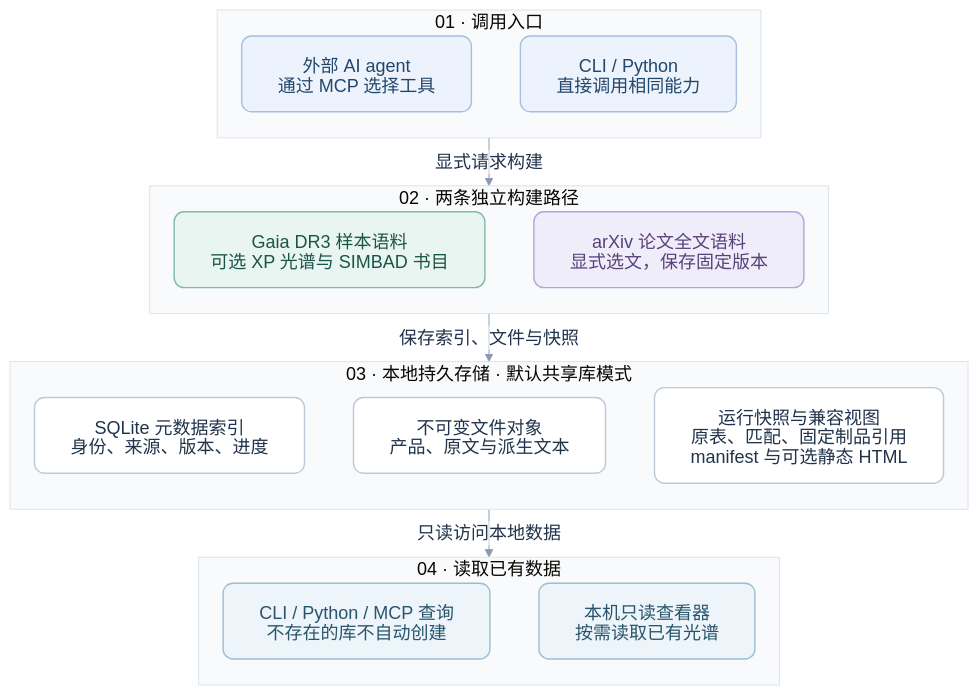
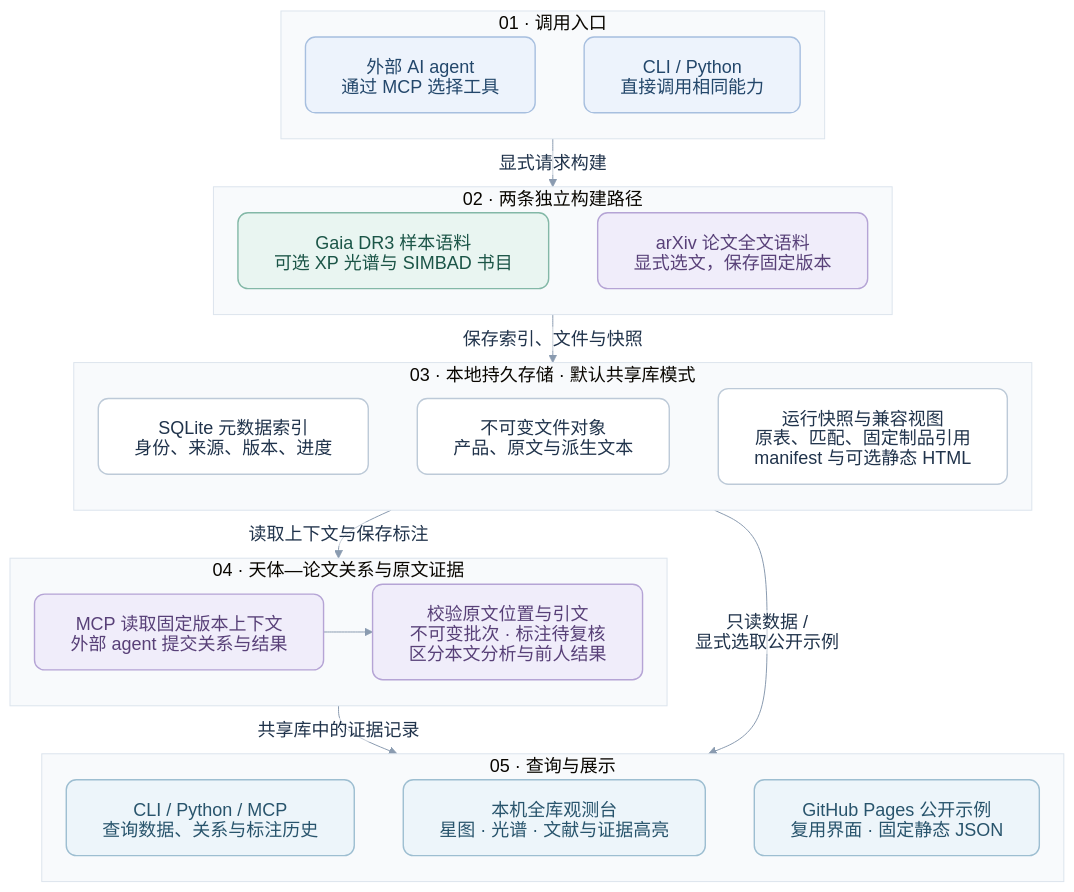
The diagram in docs/diagrams/system-overview.mmd (cetizhao/Astro-Corpus), drawn with Mermaid before and after one commit. The commit also changed 4 other files, not shown here.

```diff
--- a/docs/diagrams/system-overview.mmd
+++ b/docs/diagrams/system-overview.mmd
@@ -1,59 +1,68 @@
 ---
 config:
   look: classic
   theme: base
   htmlLabels: false
   fontFamily: 'Noto Sans CJK SC, PingFang SC, Microsoft YaHei, sans-serif'
   themeVariables:
     fontSize: 18px
     primaryTextColor: '#20334b'
     lineColor: '#8a9bb0'
     clusterBkg: '#f8fafc'
     clusterBorder: '#dce4ed'
     edgeLabelBackground: '#ffffff'
   flowchart:
     htmlLabels: false
     curve: basis
     wrappingWidth: 320
     nodeSpacing: 32
     rankSpacing: 24
     padding: 18
 ---
 flowchart TB
-    accTitle: Astro-Corpus 系统入口、构建路径与本地访问
-    accDescr: AI agent 通过 MCP 或使用者通过 CLI 和 Python 调用两条独立的构建路径，结果分别保存到 SQLite 索引、不可变文件和运行快照。查询与查看器只读本地已有数据，不触发远程下载。
+    accTitle: Astro-Corpus 观测、论文、证据与展示
+    accDescr: 两条构建路径将观测和论文写入共享库。外部 agent 通过三个 MCP 接口读取固定版本上下文、保存带原文位置的关系与结果并查询标注。只读观测台连接星图、光谱和文献证据，GitHub Pages 展示显式选取的静态示例。
     subgraph entry["01 · 调用入口"]
         direction LR
         agent["外部 AI agent<br/>通过 MCP 选择工具"]:::entry
         direct["CLI / Python<br/>直接调用相同能力"]:::entry
         agent ~~~ direct
     end
     subgraph builders["02 · 两条独立构建路径"]
         direction LR
         corpus["Gaia DR3 样本语料<br/>可选 XP 光谱与 SIMBAD 书目"]:::sample
         paper["arXiv 论文全文语料<br/>显式选文，保存固定版本"]:::paper
         corpus ~~~ paper
     end
     subgraph local["03 · 本地持久存储 · 默认共享库模式"]
         direction LR
         db["SQLite 元数据索引<br/>身份、来源、版本、进度"]:::storage
         objects["不可变文件对象<br/>产品、原文与派生文本"]:::storage
         runs["运行快照与兼容视图<br/>原表、匹配、固定制品引用<br/>manifest 与可选静态 HTML"]:::storage
         db ~~~ objects ~~~ runs
     end
-    subgraph access["04 · 读取已有数据"]
+    subgraph evidence["04 · 天体—论文关系与原文证据"]
         direction LR
-        query["CLI / Python / MCP 查询<br/>不存在的库不自动创建"]:::reader
-        viewer["本机只读查看器<br/>按需读取已有光谱"]:::reader
-        query ~~~ viewer
+        context["MCP 读取固定版本上下文<br/>外部 agent 提交关系与结果"]:::paper
+        annotations["校验原文位置与引文<br/>不可变批次 · 标注待复核<br/>区分本文分析与前人结果"]:::paper
+        context --> annotations
+    end
+    subgraph access["05 · 查询与展示"]
+        direction LR
+        query["CLI / Python / MCP<br/>查询数据、关系与标注历史"]:::reader
+        viewer["本机全库观测台<br/>星图 · 光谱 · 文献与证据高亮"]:::reader
+        demo["GitHub Pages 公开示例<br/>复用界面 · 固定静态 JSON"]:::reader
+        query ~~~ viewer ~~~ demo
     end
 
     entry -->|显式请求构建| builders
     builders -->|保存索引、文件与快照| local
-    local -->|只读访问本地数据| access
+    local -->|读取上下文与保存标注| evidence
+    evidence -->|共享库中的证据记录| access
+    local -->|只读数据 / 显式选取公开示例| access
 
     classDef entry fill:#edf3fc,stroke:#a7bfdf,color:#23476b,stroke-width:1.4px,rx:10,ry:10
     classDef sample fill:#e9f5f1,stroke:#83b8a7,color:#1b5547,stroke-width:1.4px,rx:10,ry:10
     classDef paper fill:#f0edfa,stroke:#b5a4d5,color:#584078,stroke-width:1.4px,rx:10,ry:10
     classDef storage fill:#ffffff,stroke:#bdcad8,color:#20334b,stroke-width:1.4px,rx:10,ry:10
     classDef reader fill:#edf5fa,stroke:#9dbed1,color:#28546c,stroke-width:1.4px,rx:10,ry:10
```
